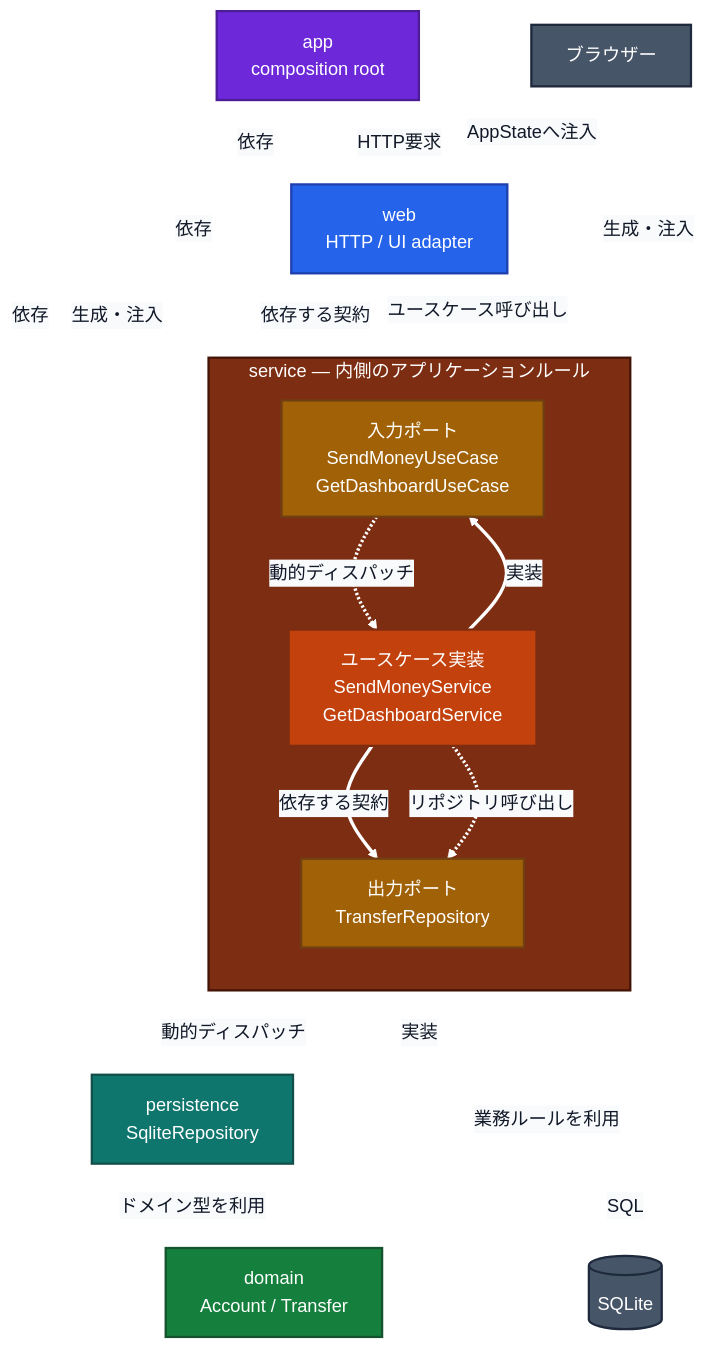
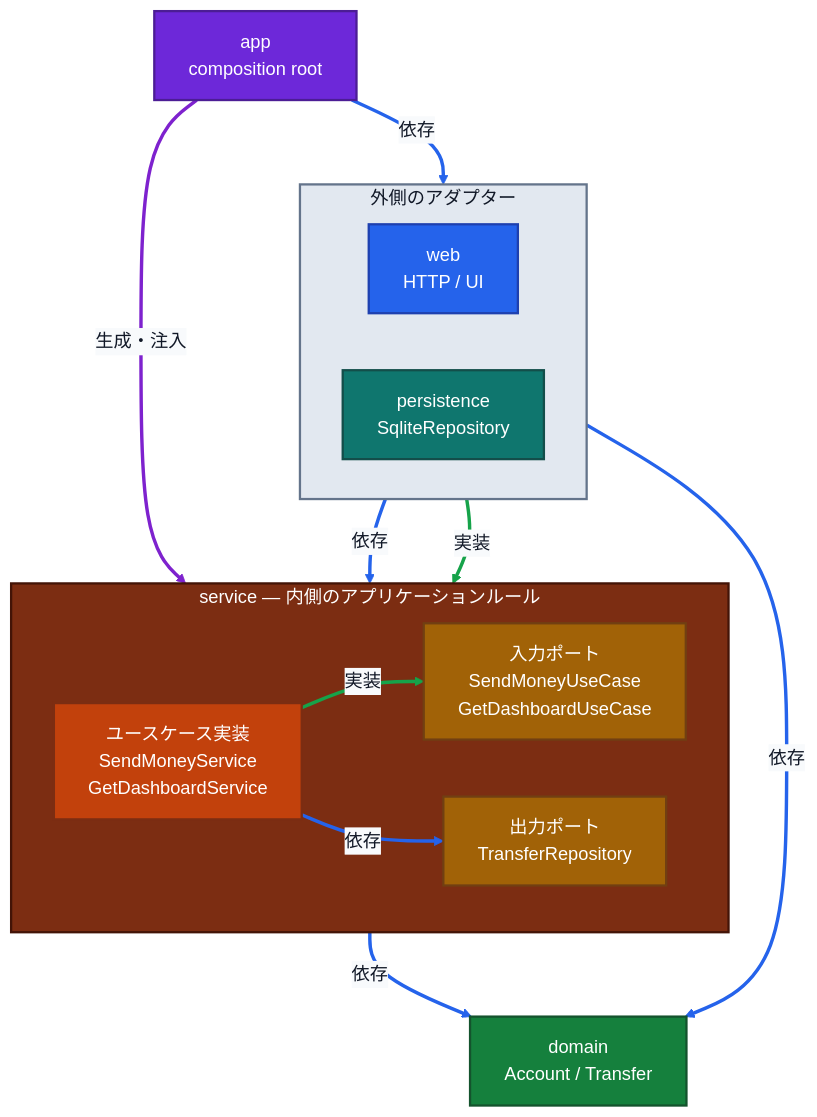
The first of 2 diagrams in docs/ARCHITECTURE.md (gonzily1269/buckpal-rust), drawn with Mermaid before and after one commit. The commit also changed other lines of this file, not shown here.

Commit message:
refactor: 色の変更

````diff
--- a/docs/ARCHITECTURE.md
+++ b/docs/ARCHITECTURE.md
@@ -5,53 +5,45 @@
 ```mermaid
-%%{init: {"theme": "base", "themeVariables": {"background": "#f8fafc", "mainBkg": "#f8fafc", "primaryColor": "#f8fafc", "primaryTextColor": "#111827", "primaryBorderColor": "#334155", "lineColor": "#ffffff", "textColor": "#111827", "edgeLabelBackground": "#f8fafc", "fontFamily": "sans-serif"}}}%%
+%%{init: {"theme": "base", "themeVariables": {"background": "#f8fafc", "mainBkg": "#f8fafc", "primaryColor": "#f8fafc", "primaryTextColor": "#111827", "primaryBorderColor": "#334155", "lineColor": "#94a3b8", "textColor": "#111827", "edgeLabelBackground": "#f8fafc", "fontFamily": "sans-serif"}}}%%
 flowchart TB
-    browser["ブラウザー"]
     app["app<br/>composition root"]
-    web["web<br/>HTTP / UI adapter"]
+    subgraph adapters["外側のアダプター"]
+        direction LR
+        web["web<br/>HTTP / UI"]
+        persistence["persistence<br/>SqliteRepository"]
+    end
     subgraph service["service — 内側のアプリケーションルール"]
-        direction TB
-        inport["入力ポート<br/>SendMoneyUseCase<br/>GetDashboardUseCase"]
+        direction LR
+        inputPort["入力ポート<br/>SendMoneyUseCase<br/>GetDashboardUseCase"]
         usecase["ユースケース実装<br/>SendMoneyService<br/>GetDashboardService"]
-        outport["出力ポート<br/>TransferRepository"]
+        outputPort["出力ポート<br/>TransferRepository"]
     end
-    persistence["persistence<br/>SqliteRepository"]
-    db[("SQLite")]
     domain["domain<br/>Account / Transfer"]
 
-    app -->|"依存"| web
-    app -->|"依存"| usecase
-    app -->|"依存"| persistence
-    web -->|"依存する契約"| inport
-    usecase -->|"実装"| inport
-    usecase -->|"依存する契約"| outport
-    persistence -->|"実装"| outport
-    usecase -->|"業務ルールを利用"| domain
-    persistence -->|"ドメイン型を利用"| domain
-
-    browser -. "HTTP要求" .-> web
-    web -. "ユースケース呼び出し" .-> inport
-    inport -. "動的ディスパッチ" .-> usecase
-    usecase -. "リポジトリ呼び出し" .-> outport
-    outport -. "動的ディスパッチ" .-> persistence
-    app -. "生成・注入" .-> persistence
-    app -. "生成・注入" .-> usecase
-    app -. "AppStateへ注入" .-> web
-    persistence -. "SQL" .-> db
+    app -->|"依存"| adapters
+    app -->|"生成・注入"| usecase
+    web -->|"依存"| inputPort
+    usecase -->|"実装"| inputPort
+    usecase -->|"依存"| outputPort
+    persistence -->|"実装"| outputPort
+    usecase -->|"依存"| domain
+    persistence -->|"依存"| domain
 
     classDef external fill:#475569,stroke:#1e293b,stroke-width:2px,color:#ffffff
     classDef composition fill:#6d28d9,stroke:#4c1d95,stroke-width:2px,color:#ffffff
     classDef inputAdapter fill:#2563eb,stroke:#1e40af,stroke-width:2px,color:#ffffff
     classDef outputAdapter fill:#0f766e,stroke:#134e4a,stroke-width:2px,color:#ffffff
     classDef applicationService fill:#c2410c,stroke:#7c2d12,stroke-width:2px,color:#ffffff
     classDef port fill:#a16207,stroke:#713f12,stroke-width:2px,color:#ffffff
     classDef domainLayer fill:#15803d,stroke:#14532d,stroke-width:2px,color:#ffffff
-    class browser,db external
     class app composition
     class web inputAdapter
     class persistence outputAdapter
     class usecase applicationService
-    class inport,outport port
+    class inputPort,outputPort port
     class domain domainLayer
+    style adapters fill:#e2e8f0,stroke:#64748b,stroke-width:2px,color:#111827
     style service fill:#7c2d12,stroke:#431407,stroke-width:2px,color:#ffffff
-    linkStyle default stroke:#ffffff,stroke-width:3px
+    linkStyle 0,2,4,6,7 stroke:#2563eb,stroke-width:3px
+    linkStyle 1 stroke:#7e22ce,stroke-width:3px
+    linkStyle 3,5 stroke:#16a34a,stroke-width:3px
 ```
````
